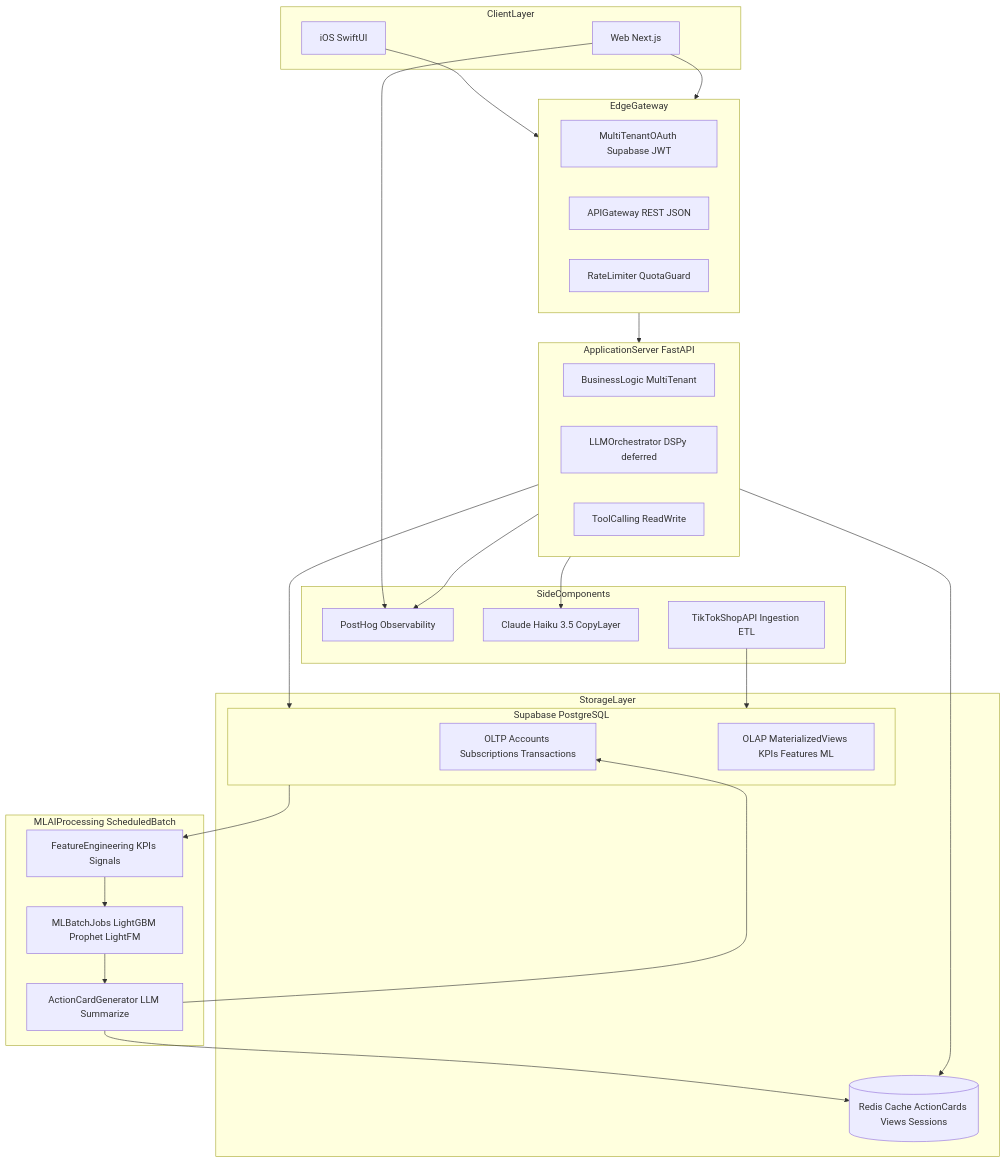
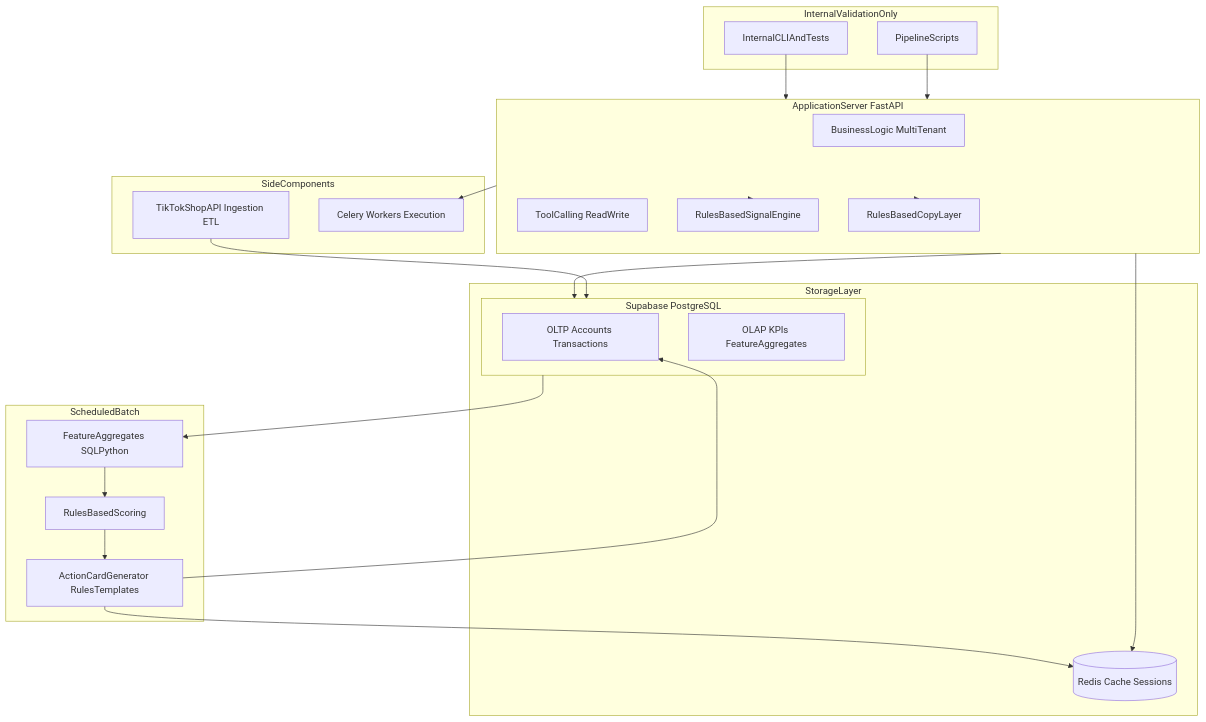
The diagram in docs/phases/phase-2-mvp.md (thienphung00/Juli-AI), drawn with Mermaid before and after one commit. The commit also changed other lines of this file and 32 other files, not shown here.

First line of the commit message:
docs: scaffold Phase 2.5 deployment architecture (P2.5-a, #250)

````diff
--- a/docs/phases/phase-2-mvp.md
+++ b/docs/phases/phase-2-mvp.md
@@ -11,54 +17,47 @@
 ```mermaid
 flowchart TB
-    subgraph client [ClientLayer]
-        iOS[iOS SwiftUI]
-        Web[Web Next.js]
-    end
-
-    subgraph gateway [EdgeGateway]
-        OAuth[MultiTenantOAuth Supabase JWT]
-        APIGw[APIGateway REST JSON]
-        RateLimit[RateLimiter QuotaGuard]
+    subgraph internal [InternalValidationOnly]
+        CLI[InternalCLIAndTests]
+        Scripts[PipelineScripts]
     end
 
     subgraph app [ApplicationServer FastAPI]
         BizLogic[BusinessLogic MultiTenant]
-        LLMOrch[LLMOrchestrator DSPy deferred]
         ToolCall[ToolCalling ReadWrite]
+        RulesEngine[RulesBasedSignalEngine]
+        RulesCopy[RulesBasedCopyLayer]
     end
 
     subgraph storage [StorageLayer]
-        Redis[(Redis Cache ActionCards Views Sessions)]
+        Redis[(Redis Cache Sessions)]
         subgraph pg [Supabase PostgreSQL]
-            OLTP[OLTP Accounts Subscriptions Transactions]
-            OLAP[OLAP MaterializedViews KPIs Features ML]
+            OLTP[OLTP Accounts Transactions]
+            OLAP[OLAP KPIs FeatureAggregates]
         end
     end
 
-    subgraph ml [MLAIProcessing ScheduledBatch]
-        FeatEng[FeatureEngineering KPIs Signals]
-        MLBatch[MLBatchJobs LightGBM Prophet LightFM]
-        ActionGen[ActionCardGenerator LLM Summarize]
+    subgraph batch [ScheduledBatch]
+        FeatAgg[FeatureAggregates SQLPython]
+        RulesBatch[RulesBasedScoring]
+        ActionGen[ActionCardGenerator RulesTemplates]
     end
 
     subgraph side [SideComponents]
-        PostHog[PostHog Observability]
-        Haiku[Claude Haiku 3.5 CopyLayer]
         TikTok[TikTokShopAPI Ingestion ETL]
+        Celery[Celery Workers Execution]
     end
 
-    iOS --> gateway
-    Web --> gateway
-    gateway --> app
+    CLI --> app
+    Scripts --> app
     app --> Redis
     app --> pg
     TikTok --> pg
-    pg --> FeatEng
-    FeatEng --> MLBatch
-    MLBatch --> ActionGen
+    pg --> FeatAgg
+    FeatAgg --> RulesBatch
+    RulesBatch --> ActionGen
     ActionGen --> Redis
     ActionGen --> OLTP
-    app --> Haiku
-    app --> PostHog
-    Web --> PostHog
+    app --> RulesEngine
+    app --> RulesCopy
+    app --> Celery
 ```
````
